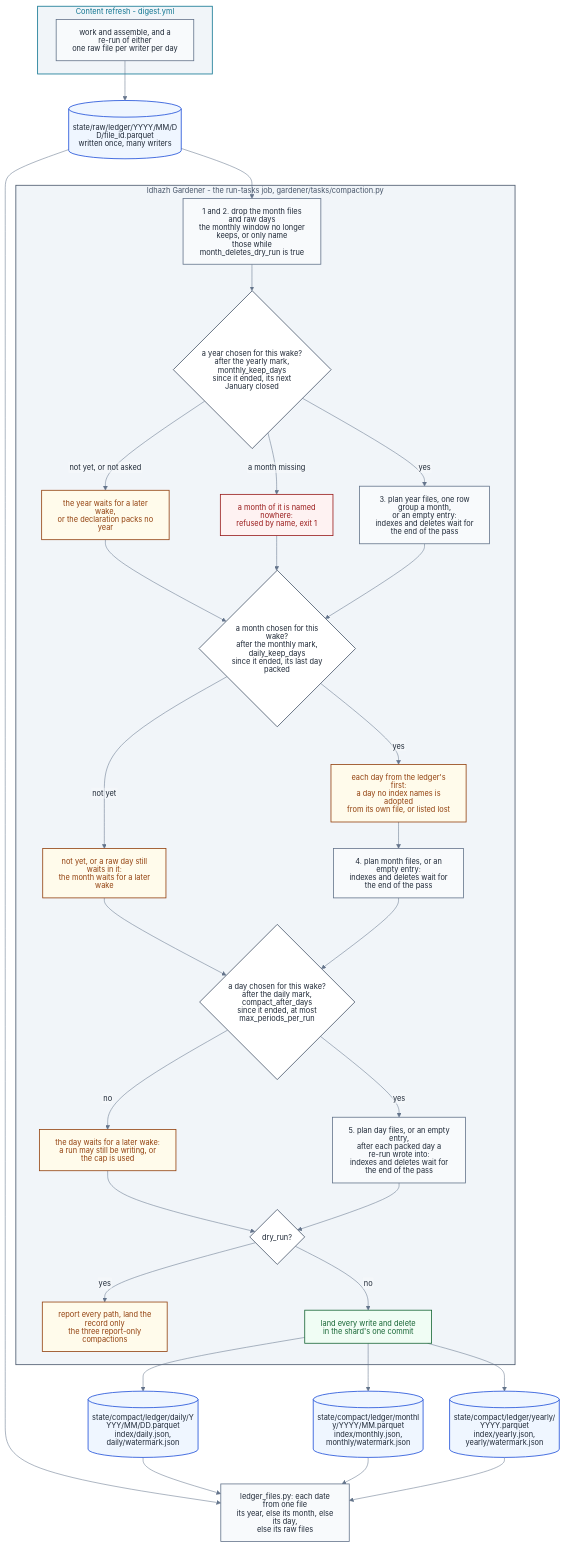
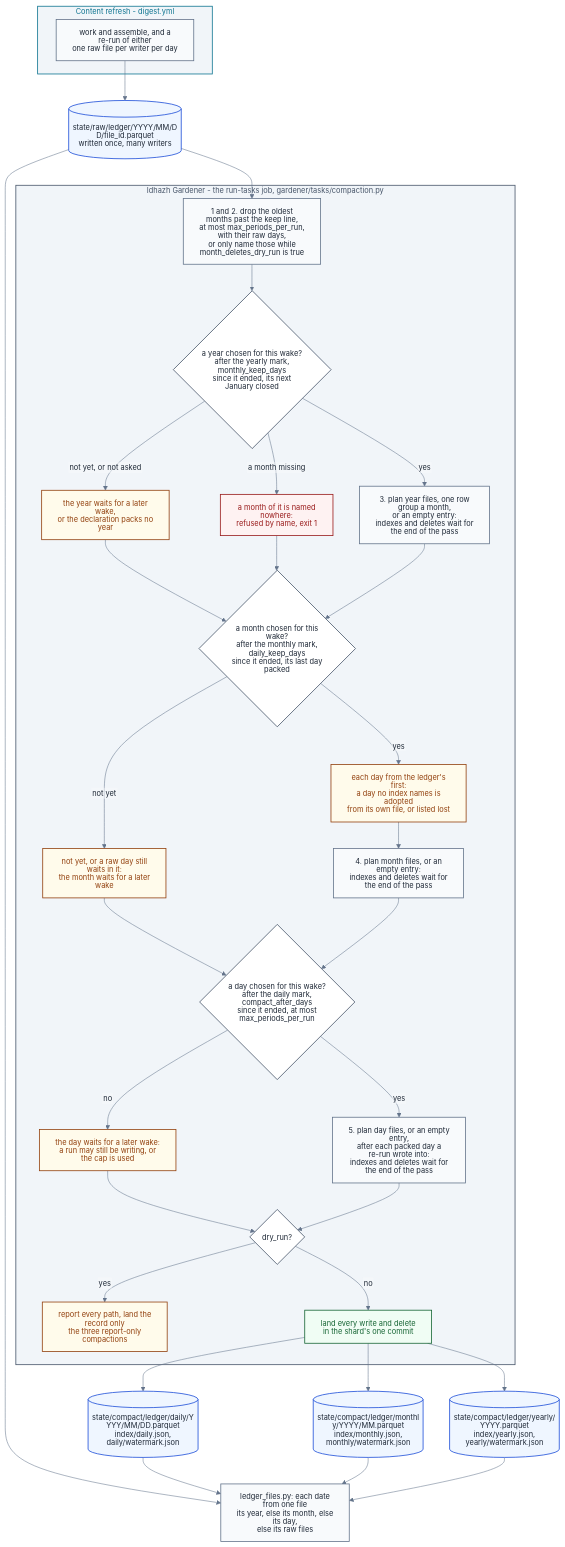
Before and after one commit to miztiik/yen-idhazh: the diagram in docs/architecture/publishing/ledger-compaction.md, drawn with Mermaid. The commit also changed other lines of this file and 11 other files, not shown here.

````diff
--- a/docs/architecture/publishing/ledger-compaction.md
+++ b/docs/architecture/publishing/ledger-compaction.md
@@ -33,78 +33,78 @@
 ```mermaid
 %%{init: {"theme": "base", "htmlLabels": false, "themeVariables": {"background": "#ffffff", "primaryColor": "#f8fafc", "primaryTextColor": "#1f2937", "primaryBorderColor": "#64748b", "lineColor": "#64748b", "textColor": "#1f2937", "clusterBkg": "#f1f5f9", "clusterBorder": "#64748b", "titleColor": "#1f2937", "edgeLabelBackground": "#f8fafc", "fontSize": "14px"}}}%%
 flowchart TB
   subgraph REFRESH["Content refresh - digest.yml"]
     W["work and assemble, and a re-run of either<br/>one raw file per writer per day"]
   end
 
   RAWF[("state/raw/ledger/YYYY/MM/DD/file_id.parquet<br/>written once, many writers")]
 
   subgraph GARDEN["Idhazh Gardener - the run-tasks job, gardener/tasks/compaction.py"]
-    DROP["1 and 2. drop the month files and raw days<br/>the monthly window no longer keeps, or only name<br/>those while month_deletes_dry_run is true"]
+    DROP["1 and 2. drop the oldest months past the keep line,<br/>at most max_periods_per_run, with their raw days,<br/>or only name those while month_deletes_dry_run is true"]
     YDONE{"a year chosen for this wake?<br/>after the yearly mark, monthly_keep_days<br/>since it ended, its next January closed"}
     YWAIT["the year waits for a later wake,<br/>or the declaration packs no year"]
     YHOLE["a month of it is named nowhere:<br/>refused by name, exit 1"]
     PACK["3. plan year files, one row group a month,<br/>or an empty entry:<br/>indexes and deletes wait for the end of the pass"]
     MDONE{"a month chosen for this wake?<br/>after the monthly mark, daily_keep_days<br/>since it ended, its last day packed"}
     MWAIT["not yet, or a raw day still waits in it:<br/>the month waits for a later wake"]
     MREC["each day from the ledger's first:<br/>a day no index names is adopted<br/>from its own file, or listed lost"]
     ABSORB["4. plan month files, or an empty entry:<br/>indexes and deletes wait for the end of the pass"]
     DDUE{"a day chosen for this wake?<br/>after the daily mark, compact_after_days<br/>since it ended, at most max_periods_per_run"}
     DHOLD["the day waits for a later wake:<br/>a run may still be writing, or the cap is used"]
     TAKE["5. plan day files, or an empty entry,<br/>after each packed day a re-run wrote into:<br/>indexes and deletes wait for the end of the pass"]
     DRY{"dry_run?"}
     REPORT["report every path, land the record only<br/>the three report-only compactions"]
     LAND["land every write and delete<br/>in the shard's one commit"]
   end
 
   DAILY[("state/compact/ledger/daily/YYYY/MM/DD.parquet<br/>index/daily.json, daily/watermark.json")]
   MONTHLY[("state/compact/ledger/monthly/YYYY/MM.parquet<br/>index/monthly.json, monthly/watermark.json")]
   YEARLY[("state/compact/ledger/yearly/YYYY.parquet<br/>index/yearly.json, yearly/watermark.json")]
   READER["ledger_files.py: each date from one file<br/>its year, else its month, else its day,<br/>else its raw files"]
 
   W --> RAWF
   RAWF --> DROP
   DROP --> YDONE
   YDONE -->|"not yet, or not asked"| YWAIT
   YDONE -->|"a month missing"| YHOLE
   YDONE -->|"yes"| PACK
   YWAIT --> MDONE
   YHOLE --> MDONE
   PACK --> MDONE
   MDONE -->|"not yet"| MWAIT
   MDONE -->|"yes"| MREC
   MREC --> ABSORB
   MWAIT --> DDUE
   ABSORB --> DDUE
   DDUE -->|"no"| DHOLD
   DDUE -->|"yes"| TAKE
   DHOLD --> DRY
   TAKE --> DRY
   DRY -->|"yes"| REPORT
   DRY -->|"no"| LAND
   LAND --> DAILY
   LAND --> MONTHLY
   LAND --> YEARLY
   RAWF --> READER
   DAILY --> READER
   MONTHLY --> READER
   YEARLY --> READER
 
   classDef stage fill:#f8fafc,stroke:#64748b,stroke-width:1.5px,color:#1f2937;
   classDef decision fill:#ffffff,stroke:#475569,stroke-width:1.5px,color:#1f2937;
   classDef yes fill:#f0fdf4,stroke:#166534,stroke-width:1.5px,color:#166534;
   classDef no fill:#fef2f2,stroke:#991b1b,stroke-width:1.5px,color:#991b1b;
   classDef warn fill:#fffbeb,stroke:#92400e,stroke-width:1.5px,color:#92400e;
   classDef ledger fill:#eff6ff,stroke:#1d4ed8,stroke-width:1.5px,color:#1f2937;
   classDef sysOps fill:#f1f5f9,stroke:#475569,stroke-width:1.5px,color:#475569;
   classDef sysPublish fill:#f1f5f9,stroke:#0e7490,stroke-width:1.5px,color:#0e7490;
 
   class W,DROP,PACK,ABSORB,TAKE,READER stage;
   class YDONE,MDONE,DDUE,DRY decision;
   class LAND yes;
   class YHOLE no;
   class YWAIT,MWAIT,MREC,DHOLD,REPORT warn;
   class RAWF,DAILY,MONTHLY,YEARLY ledger;
   class REFRESH sysPublish;
   class GARDEN sysOps;
 ```
````
